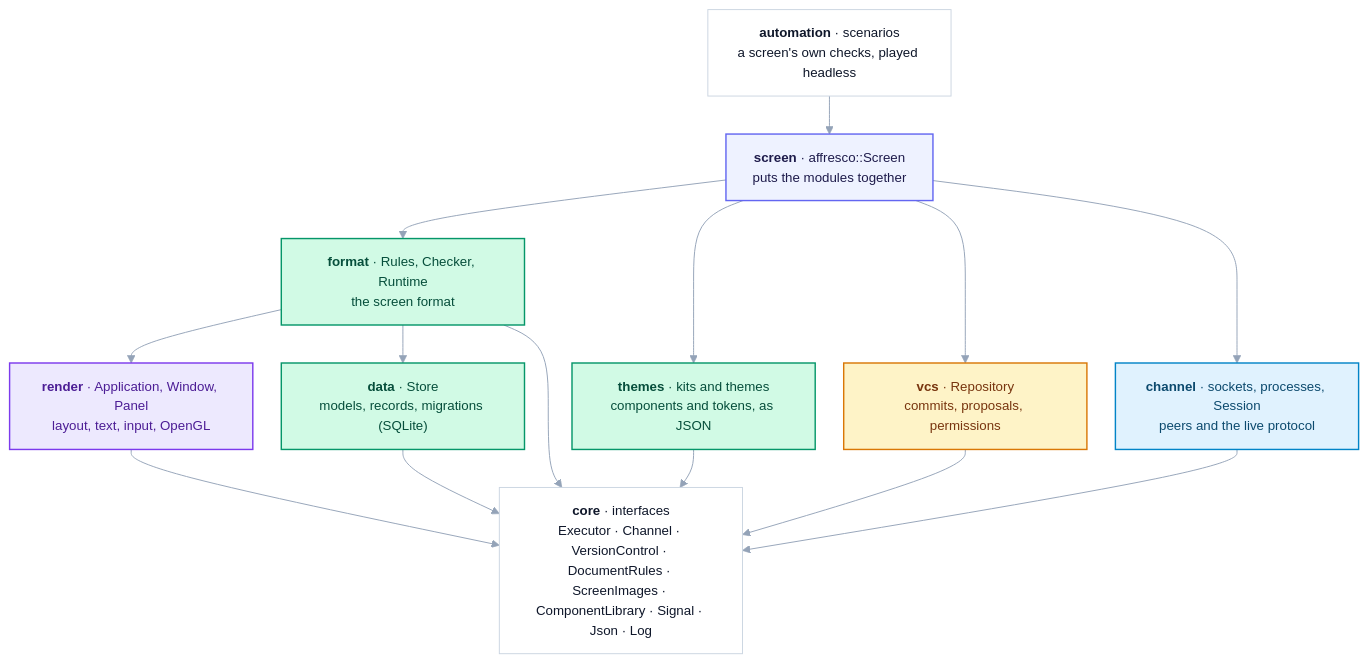
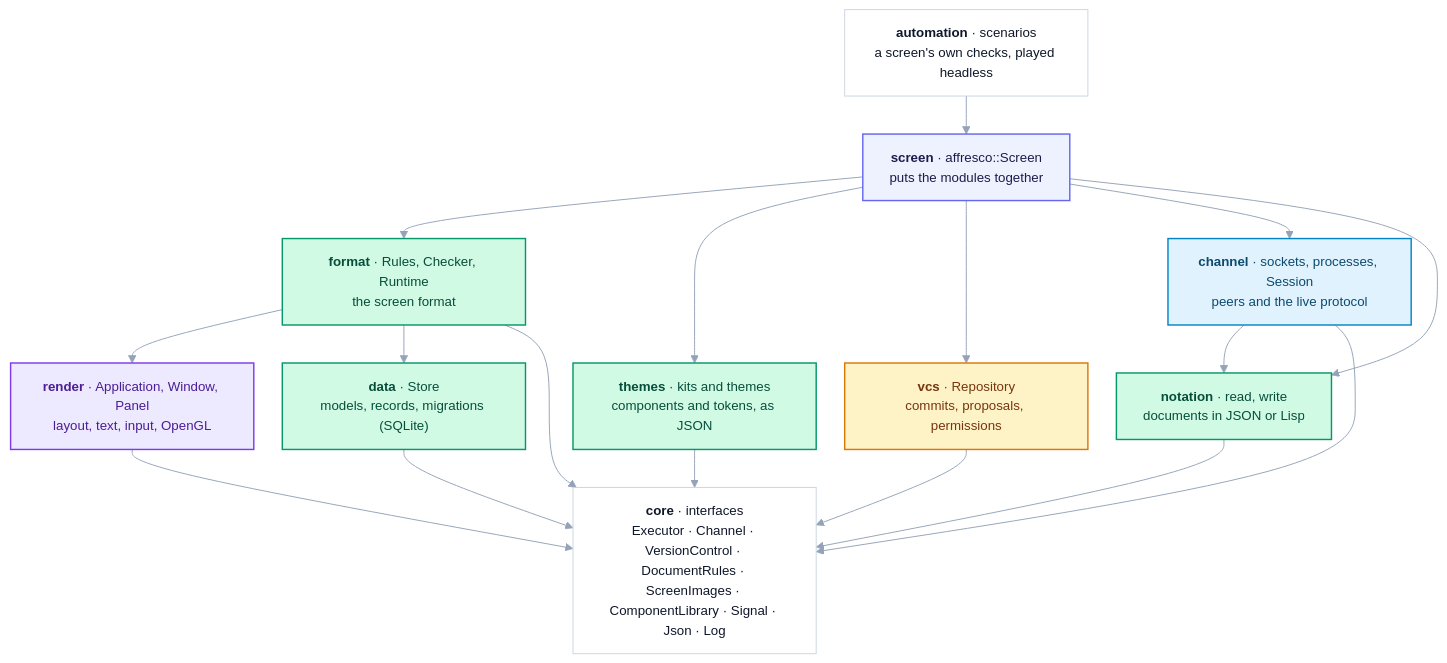
One commit to RiccardoSottini/AffrescoUI changed the first of 3 diagrams in ARCHITECTURE.md. Above: the diagram before and after it, drawn with Mermaid. The commit also changed other lines of this file and 47 other files, not shown here.

First line of the commit message:
[lisp-notation] A Lisp notation for screen documents, alongside JSON (#97)

````diff
--- a/ARCHITECTURE.md
+++ b/ARCHITECTURE.md
@@ -35,34 +35,37 @@
 ```mermaid
 %%{init: {"theme": "base", "flowchart": {"nodeSpacing": 30, "rankSpacing": 40, "padding": 14}, "themeVariables": {"fontFamily": "Helvetica, Arial, sans-serif", "fontSize": "14px", "lineColor": "#94A3B8", "primaryTextColor": "#0F172A", "edgeLabelBackground": "#FFFFFF"}}}%%
 flowchart TB
     automation["<b>automation</b> · scenarios<br/>a screen's own checks, played headless"]
     screen["<b>screen</b> · affresco::Screen<br/>puts the modules together"]
     format["<b>format</b> · Rules, Checker, Runtime<br/>the screen format"]
     themes["<b>themes</b> · kits and themes<br/>components and tokens, as JSON"]
     data["<b>data</b> · Store<br/>models, records, migrations (SQLite)"]
     vcs["<b>vcs</b> · Repository<br/>commits, proposals, permissions"]
     channel["<b>channel</b> · sockets, processes, Session<br/>peers and the live protocol"]
+    notation["<b>notation</b> · read, write<br/>documents in JSON or Lisp"]
     render["<b>render</b> · Application, Window, Panel<br/>layout, text, input, OpenGL"]
     core["<b>core</b> · interfaces<br/>Executor · Channel · VersionControl · DocumentRules · ScreenImages · ComponentLibrary · Signal · Json · Log"]
 
     automation --> screen
     screen --> format & themes & vcs & channel
     format --> render & data
-    format & themes & vcs & channel & render & data --> core
+    screen & channel --> notation
+    format & themes & vcs & channel & render & data & notation --> core
 
     classDef root fill:#EEF2FF,stroke:#6366F1,stroke-width:1.5px,color:#1E1B4B
     classDef c_channel fill:#E0F2FE,stroke:#0284C7,stroke-width:1.5px,color:#0C4A6E
     classDef c_vcs fill:#FEF3C7,stroke:#D97706,stroke-width:1.5px,color:#78350F
     classDef c_format fill:#D1FAE5,stroke:#059669,stroke-width:1.5px,color:#064E3B
     classDef c_render fill:#EDE9FE,stroke:#7C3AED,stroke-width:1.5px,color:#4C1D95
     classDef c_core fill:#FFFFFF,stroke:#CBD5E1,stroke-width:1px,color:#0F172A
     class screen root
     class automation c_core
     class channel c_channel
     class vcs c_vcs
     class format c_format
     class data c_format
     class themes c_format
+    class notation c_format
     class render c_render
     class core c_core
 ```
````
